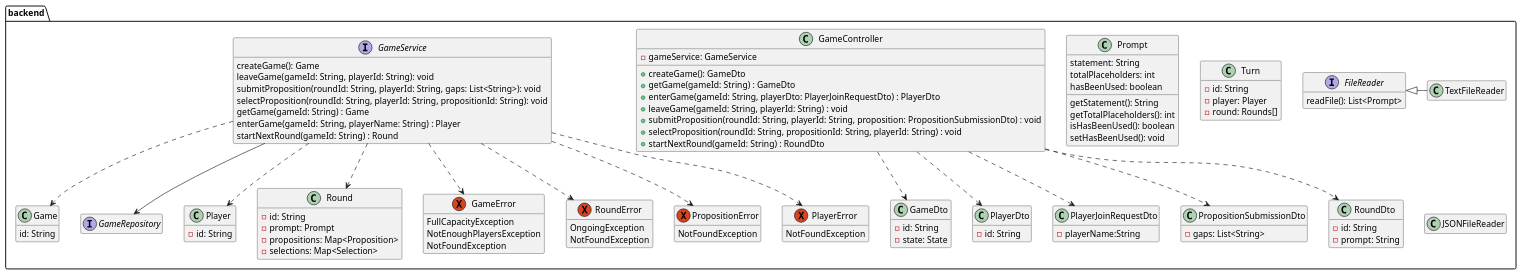
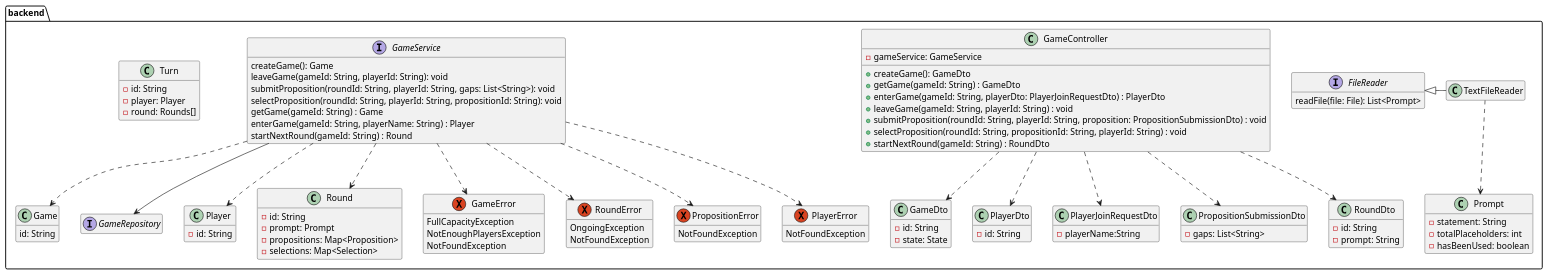
Before and after one commit to patrickwinti/worldwidewalter: the diagram in docs/diagrams/class_diagramm.plantuml, drawn with PlantUML. The commit also changed 5 other files, not shown here.

Commit message:
[WWW-28] Making changes according pull request: - Added test for NotNull in Prompt - Removed unnecessary elements from Class diagramm - Removed unused error classes, renamed error class to Exception

```diff
--- a/docs/diagrams/class_diagramm.plantuml
+++ b/docs/diagrams/class_diagramm.plantuml
@@ -1,110 +1,105 @@
 @startuml
 package backend{
     hide empty members
     class GameController {
         -gameService: GameService
         +createGame(): GameDto
         +getGame(gameId: String) : GameDto
         +enterGame(gameId: String, playerDto: PlayerJoinRequestDto) : PlayerDto
         +leaveGame(gameId: String, playerId: String) : void
         +submitProposition(roundId: String, playerId: String, proposition: PropositionSubmissionDto) : void
         +selectProposition(roundId: String, propositionId: String, playerId: String) : void
         +startNextRound(gameId: String) : RoundDto
     }
     class GameDto {
         -id: String
         -state: State
     }
     class Game {
         id: String
     }
     class Prompt{
-        statement: String
-        totalPlaceholders: int
-        hasBeenUsed: boolean
-        getStatement(): String
-        getTotalPlaceholders(): int
-        isHasBeenUsed(): boolean
-        setHasBeenUsed(): void
+        -statement: String
+        -totalPlaceholders: int
+        -hasBeenUsed: boolean
     }
 
     interface GameService{
        createGame(): Game
        leaveGame(gameId: String, playerId: String): void
        submitProposition(roundId: String, playerId: String, gaps: List<String>): void
        selectProposition(roundId: String, playerId: String, propositionId: String): void
        getGame(gameId: String) : Game
        enterGame(gameId: String, playerName: String) : Player
        startNextRound(gameId: String) : Round
     }
     interface GameRepository
     class PlayerDto {
         -id: String
     }
     class PlayerJoinRequestDto {
         -playerName:String
     }
     class PropositionSubmissionDto {
         -gaps: List<String>
     }
     class RoundDto {
         -id: String
         -prompt: String
     }
     class Player {
         -id: String
     }
     class Turn {
         -id: String
         -player: Player
         -round: Rounds[]
     }
     class Round {
         -id: String
         -prompt: Prompt
         -propositions: Map<Proposition>
         -selections: Map<Selection>
     }
     exception GameError {
         FullCapacityException
         NotEnoughPlayersException
         NotFoundException
     }
     exception RoundError {
         OngoingException
         NotFoundException
     }
     exception PropositionError {
         NotFoundException
     }
     exception PlayerError {
         NotFoundException
     }
 
     interface FileReader{
-        readFile(): List<Prompt>
+        readFile(file: File): List<Prompt>
     }
 
-    class JSONFileReader{
-    }
-    class TextFileReader{
-    }
+    class TextFileReader
 
     GameController..>PlayerDto
     GameController..>PlayerJoinRequestDto
     GameController..>PropositionSubmissionDto
     GameController..>RoundDto
     GameController ..> GameDto
 
     GameService ..> Game
     GameService ..> Round
     GameService ..> Player
     GameService ..> GameError
     GameService ..> RoundError
     GameService ..> PlayerError
     GameService ..> PropositionError
     GameService --> GameRepository
+
+    TextFileReader ..> Prompt
 }
 
     FileReader<|-TextFileReader
 @enduml
```
